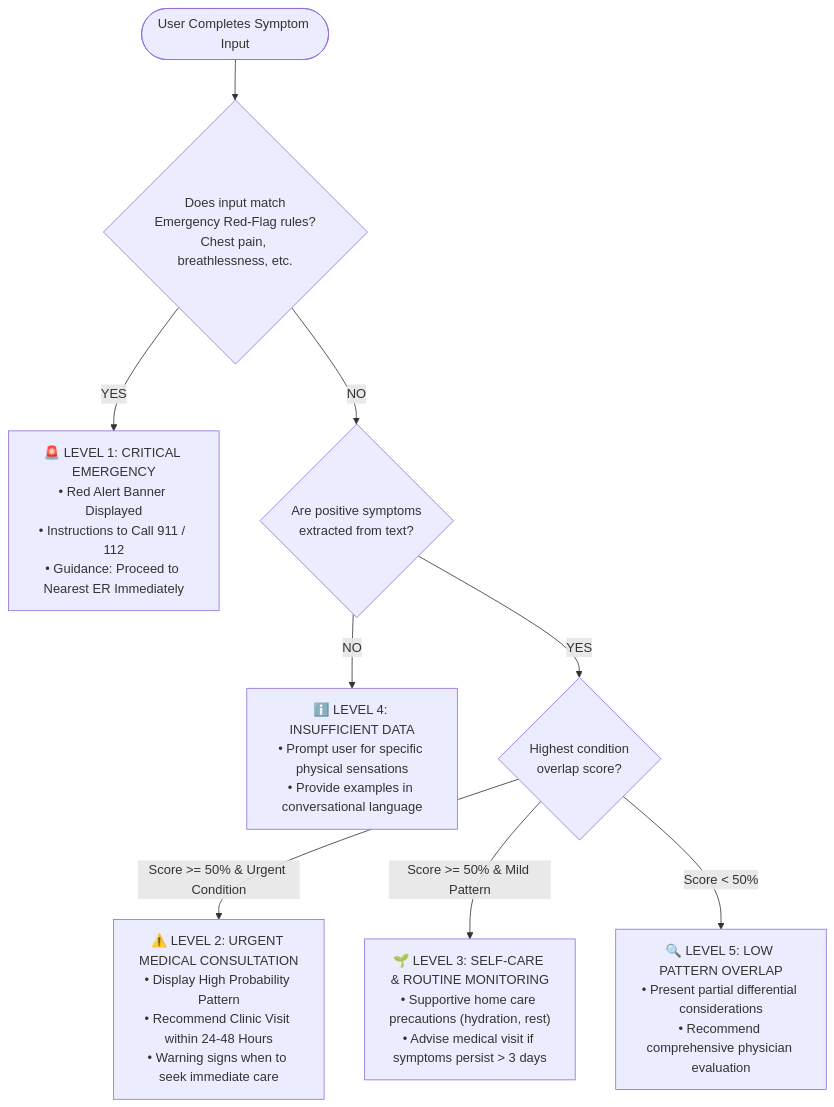
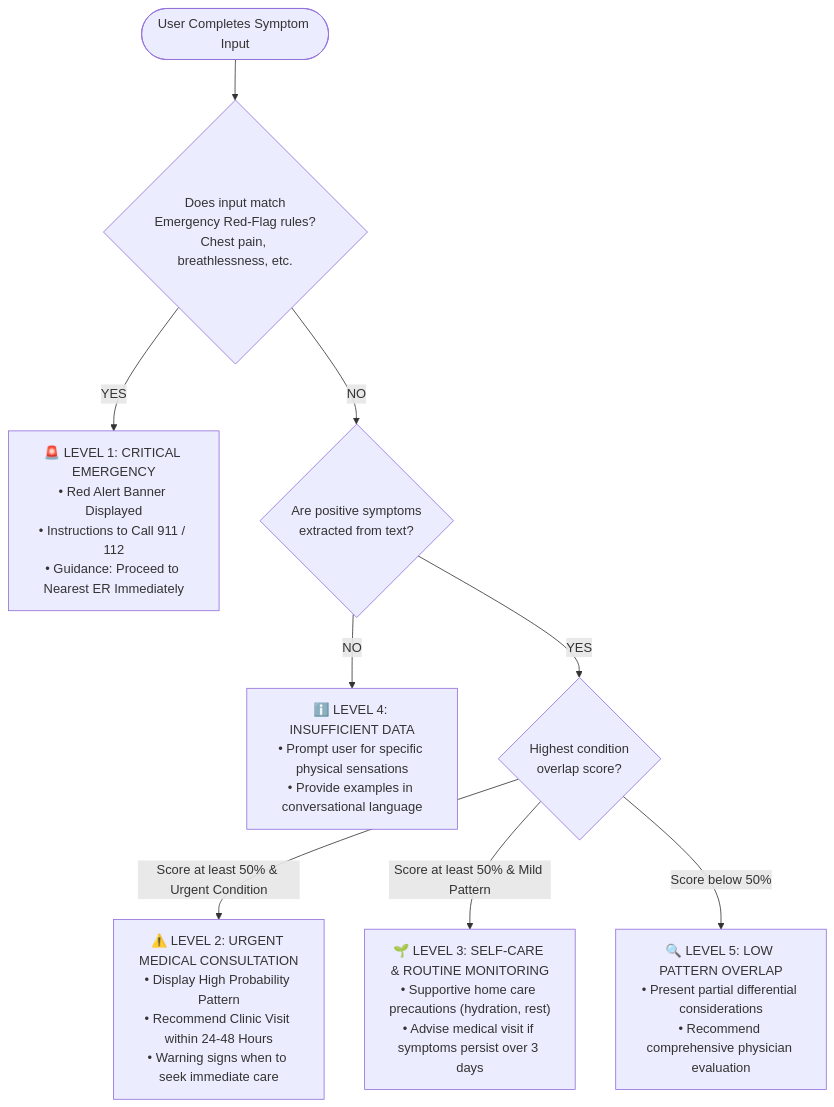
One commit to TanmayShinde3112/NLP-Medical-Symptom-Checker changed the third of 3 diagrams in README.md. Above: the diagram before and after it, drawn with Mermaid. The commit also changed other lines of this file and 2 other files, not shown here.

Commit message:
fix(docs): resolve Mermaid syntax error on Flowchart 1 edge label and harden all diagrams for GitHub renderer

````diff
--- a/README.md
+++ b/README.md
@@ -147,18 +147,18 @@
 ```mermaid
 flowchart TD
-    Start([User Completes Symptom Input]) --> RedCheck{Does input match\nEmergency Red-Flag rules?\nChest pain, breathlessness, etc.}
+    Start(["User Completes Symptom Input"]) --> RedCheck{"Does input match<br/>Emergency Red-Flag rules?<br/>Chest pain, breathlessness, etc."}
     
-    RedCheck -->|YES| Triage1["🚨 LEVEL 1: CRITICAL EMERGENCY\n• Red Alert Banner Displayed\n• Instructions to Call 911 / 112\n• Guidance: Proceed to Nearest ER Immediately"]
+    RedCheck -->|"YES"| Triage1["🚨 LEVEL 1: CRITICAL EMERGENCY<br/>• Red Alert Banner Displayed<br/>• Instructions to Call 911 / 112<br/>• Guidance: Proceed to Nearest ER Immediately"]
     
-    RedCheck -->|NO| MatchCheck{Are positive symptoms\nextracted from text?}
+    RedCheck -->|"NO"| MatchCheck{"Are positive symptoms<br/>extracted from text?"}
     
-    MatchCheck -->|NO| Triage4["ℹ️ LEVEL 4: INSUFFICIENT DATA\n• Prompt user for specific physical sensations\n• Provide examples in conversational language"]
+    MatchCheck -->|"NO"| Triage4["ℹ️ LEVEL 4: INSUFFICIENT DATA<br/>• Prompt user for specific physical sensations<br/>• Provide examples in conversational language"]
     
-    MatchCheck -->|YES| ScoreCheck{Highest condition\noverlap score?}
+    MatchCheck -->|"YES"| ScoreCheck{"Highest condition<br/>overlap score?"}
     
-    ScoreCheck -->|Score >= 50% & Urgent Condition| Triage2["⚠️ LEVEL 2: URGENT MEDICAL CONSULTATION\n• Display High Probability Pattern\n• Recommend Clinic Visit within 24-48 Hours\n• Warning signs when to seek immediate care"]
+    ScoreCheck -->|"Score at least 50% & Urgent Condition"| Triage2["⚠️ LEVEL 2: URGENT MEDICAL CONSULTATION<br/>• Display High Probability Pattern<br/>• Recommend Clinic Visit within 24-48 Hours<br/>• Warning signs when to seek immediate care"]
     
-    ScoreCheck -->|Score >= 50% & Mild Pattern| Triage3["🌱 LEVEL 3: SELF-CARE & ROUTINE MONITORING\n• Supportive home care precautions (hydration, rest)\n• Advise medical visit if symptoms persist > 3 days"]
+    ScoreCheck -->|"Score at least 50% & Mild Pattern"| Triage3["🌱 LEVEL 3: SELF-CARE & ROUTINE MONITORING<br/>• Supportive home care precautions (hydration, rest)<br/>• Advise medical visit if symptoms persist over 3 days"]
     
-    ScoreCheck -->|Score < 50%| Triage5["🔍 LEVEL 5: LOW PATTERN OVERLAP\n• Present partial differential considerations\n• Recommend comprehensive physician evaluation"]
+    ScoreCheck -->|"Score below 50%"| Triage5["🔍 LEVEL 5: LOW PATTERN OVERLAP<br/>• Present partial differential considerations<br/>• Recommend comprehensive physician evaluation"]
 ```
````
